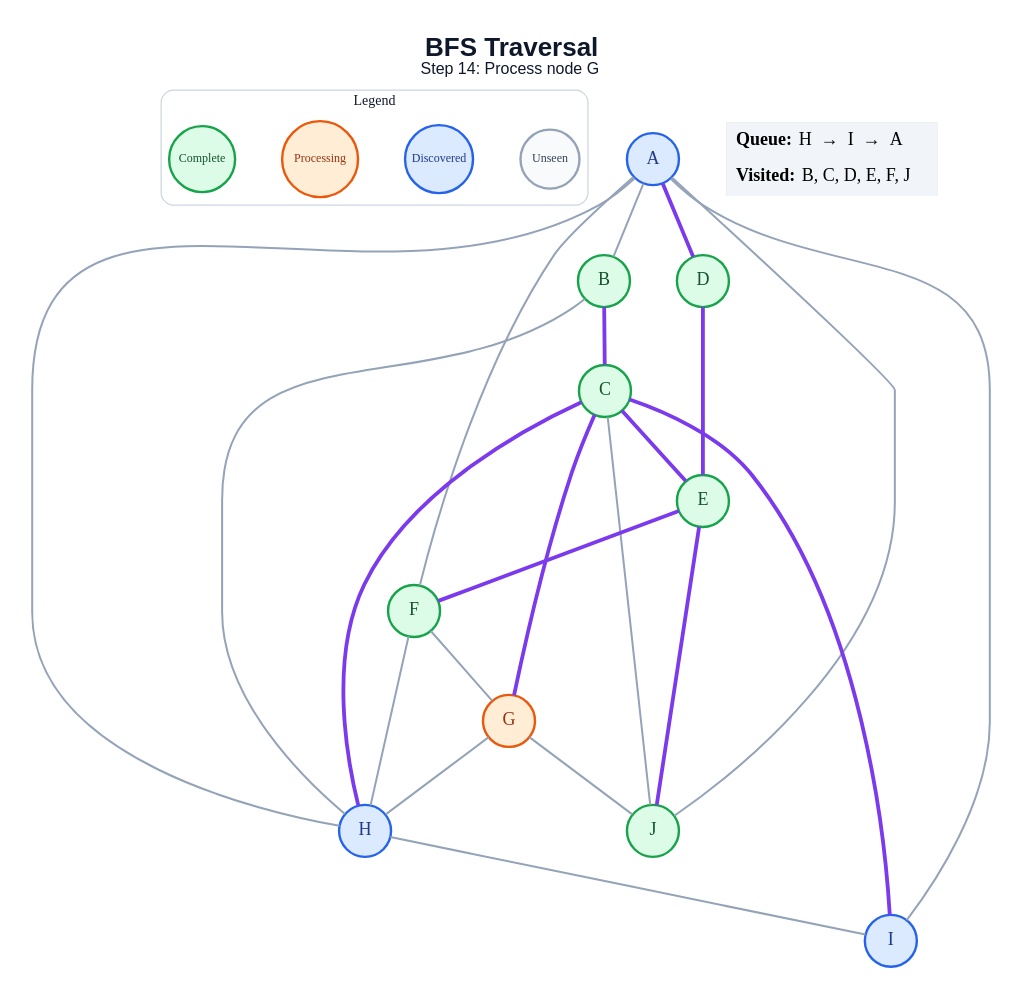
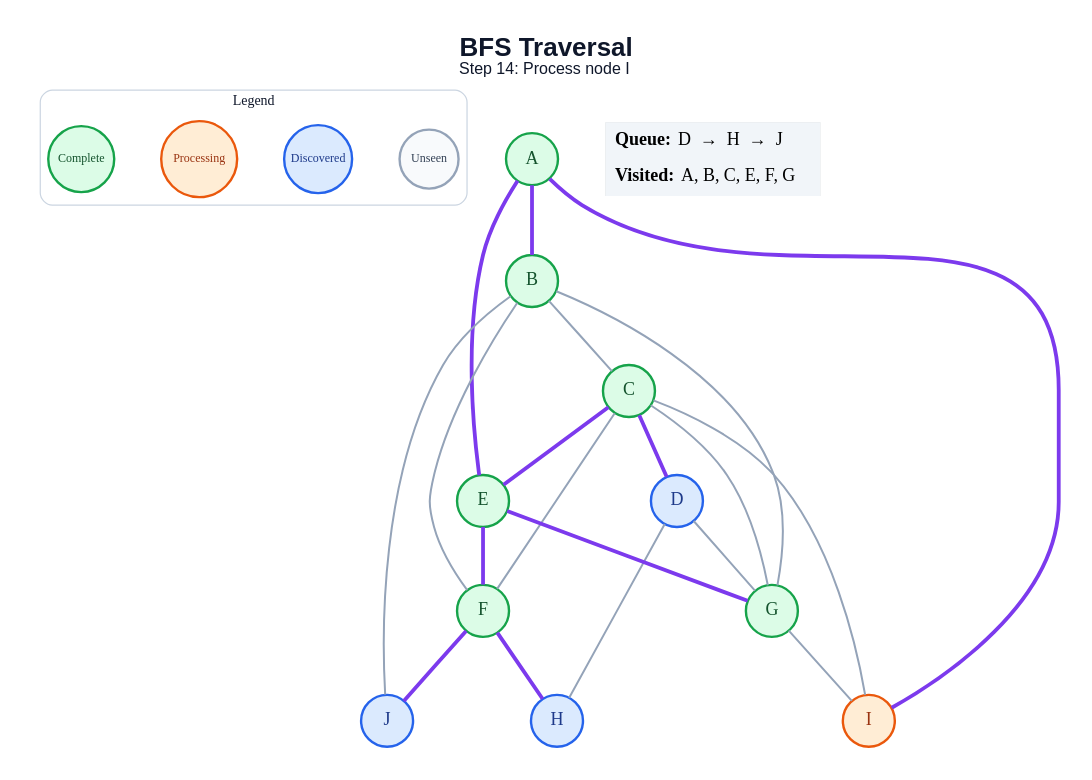
The diagram in generated/specific-node/bfs/step_14.dot (amanghodawala9/ai-slop), drawn with Graphviz before and after one commit. The commit also changed 178 other files, not shown here.

```diff
--- a/generated/specific-node/bfs/step_14.dot
+++ b/generated/specific-node/bfs/step_14.dot
@@ -1,50 +1,48 @@
 graph traversal {
   graph [layout=dot, rankdir=TB, bgcolor="#FFFFFF", pad="0.35", nodesep="0.65", ranksep="0.8", fontname="Arial"];
   node [shape=circle, style="filled", fontname="Arial Bold", fontsize=18, width=0.72, fixedsize=true, penwidth=2.4];
   edge [color="#94A3B8", penwidth=2.0];
-  label=<<B>BFS Traversal</B><BR/><FONT POINT-SIZE="16">Step 14: Process node G</FONT>>; labelloc="t"; fontsize=26; fontname="Arial"; fontcolor="#0F172A";
+  label=<<B>BFS Traversal</B><BR/><FONT POINT-SIZE="16">Step 14: Process node I</FONT>>; labelloc="t"; fontsize=26; fontname="Arial"; fontcolor="#0F172A";
   subgraph cluster_legend { label="Legend"; color="#CBD5E1"; penwidth=1.2; style="rounded"; fontsize=14; fontname="Arial Bold";
     key_unseen [label="Unseen", fillcolor="#F8FAFC", color="#94A3B8", fontcolor="#334155", fontsize=12, width=0.82];
     key_frontier [label="Discovered", fillcolor="#DBEAFE", color="#2563EB", fontcolor="#1E3A8A", fontsize=12, width=0.95];
     key_current [label="Processing", fillcolor="#FFEDD5", color="#EA580C", fontcolor="#9A3412", fontsize=12, width=1.05];
     key_done [label="Complete", fillcolor="#DCFCE7", color="#16A34A", fontcolor="#14532D", fontsize=12, width=0.92];
     { rank=same; key_unseen; key_frontier; key_current; key_done; }
   }
-  A [fillcolor="#DBEAFE", color="#2563EB", fontcolor="#1E3A8A"];
+  A [fillcolor="#DCFCE7", color="#16A34A", fontcolor="#14532D"];
   B [fillcolor="#DCFCE7", color="#16A34A", fontcolor="#14532D"];
   C [fillcolor="#DCFCE7", color="#16A34A", fontcolor="#14532D"];
-  D [fillcolor="#DCFCE7", color="#16A34A", fontcolor="#14532D"];
+  D [fillcolor="#DBEAFE", color="#2563EB", fontcolor="#1E3A8A"];
   E [fillcolor="#DCFCE7", color="#16A34A", fontcolor="#14532D"];
   F [fillcolor="#DCFCE7", color="#16A34A", fontcolor="#14532D"];
-  G [fillcolor="#FFEDD5", color="#EA580C", fontcolor="#9A3412"];
+  G [fillcolor="#DCFCE7", color="#16A34A", fontcolor="#14532D"];
   H [fillcolor="#DBEAFE", color="#2563EB", fontcolor="#1E3A8A"];
-  I [fillcolor="#DBEAFE", color="#2563EB", fontcolor="#1E3A8A"];
-  J [fillcolor="#DCFCE7", color="#16A34A", fontcolor="#14532D"];
-  A -- B;
-  A -- D [color="#7C3AED", penwidth=3.8];
-  A -- F;
-  A -- H;
-  A -- I;
-  A -- J;
-  B -- C [color="#7C3AED", penwidth=3.8];
-  B -- H;
+  I [fillcolor="#FFEDD5", color="#EA580C", fontcolor="#9A3412"];
+  J [fillcolor="#DBEAFE", color="#2563EB", fontcolor="#1E3A8A"];
+  A -- B [color="#7C3AED", penwidth=3.8];
+  A -- E [color="#7C3AED", penwidth=3.8];
+  A -- I [color="#7C3AED", penwidth=3.8];
+  B -- C;
+  B -- F;
+  B -- G;
+  B -- J;
+  C -- D [color="#7C3AED", penwidth=3.8];
   C -- E [color="#7C3AED", penwidth=3.8];
-  C -- G [color="#7C3AED", penwidth=3.8];
-  C -- H [color="#7C3AED", penwidth=3.8];
-  C -- I [color="#7C3AED", penwidth=3.8];
-  C -- J;
-  D -- E [color="#7C3AED", penwidth=3.8];
+  C -- F;
+  C -- G;
+  C -- I;
+  D -- G;
+  D -- H;
   E -- F [color="#7C3AED", penwidth=3.8];
-  E -- J [color="#7C3AED", penwidth=3.8];
-  F -- G;
-  F -- H;
-  G -- H;
-  G -- J;
-  H -- I;
+  E -- G [color="#7C3AED", penwidth=3.8];
+  F -- H [color="#7C3AED", penwidth=3.8];
+  F -- J [color="#7C3AED", penwidth=3.8];
+  G -- I;
   status [shape=plain, fixedsize=false, width=0, height=0, margin=0, label=<
     <TABLE BORDER="0" CELLBORDER="0" CELLPADDING="7" BGCOLOR="#F1F5F9">
-      <TR><TD ALIGN="LEFT"><B>Queue:</B> H  →  I  →  A</TD></TR>
-      <TR><TD ALIGN="LEFT"><B>Visited:</B> B, C, D, E, F, J</TD></TR>
+      <TR><TD ALIGN="LEFT"><B>Queue:</B> D  →  H  →  J</TD></TR>
+      <TR><TD ALIGN="LEFT"><B>Visited:</B> A, B, C, E, F, G</TD></TR>
     </TABLE>
   >];
 }
```
